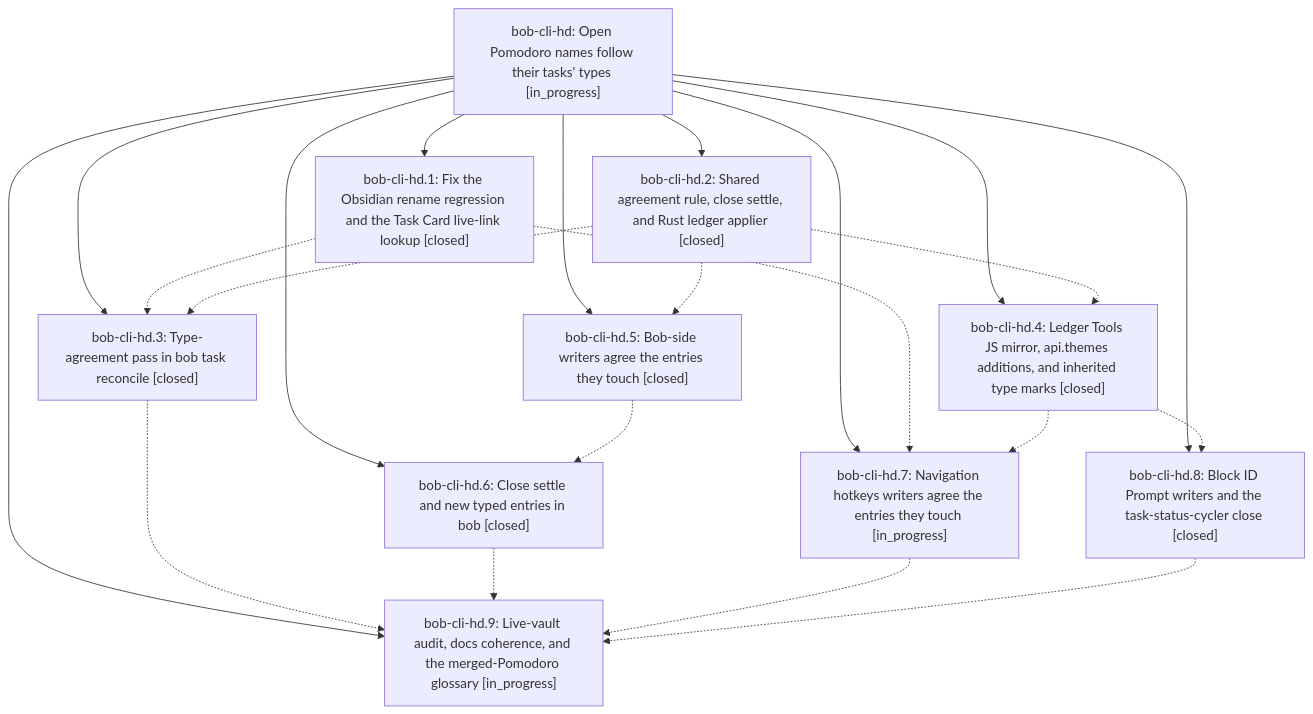
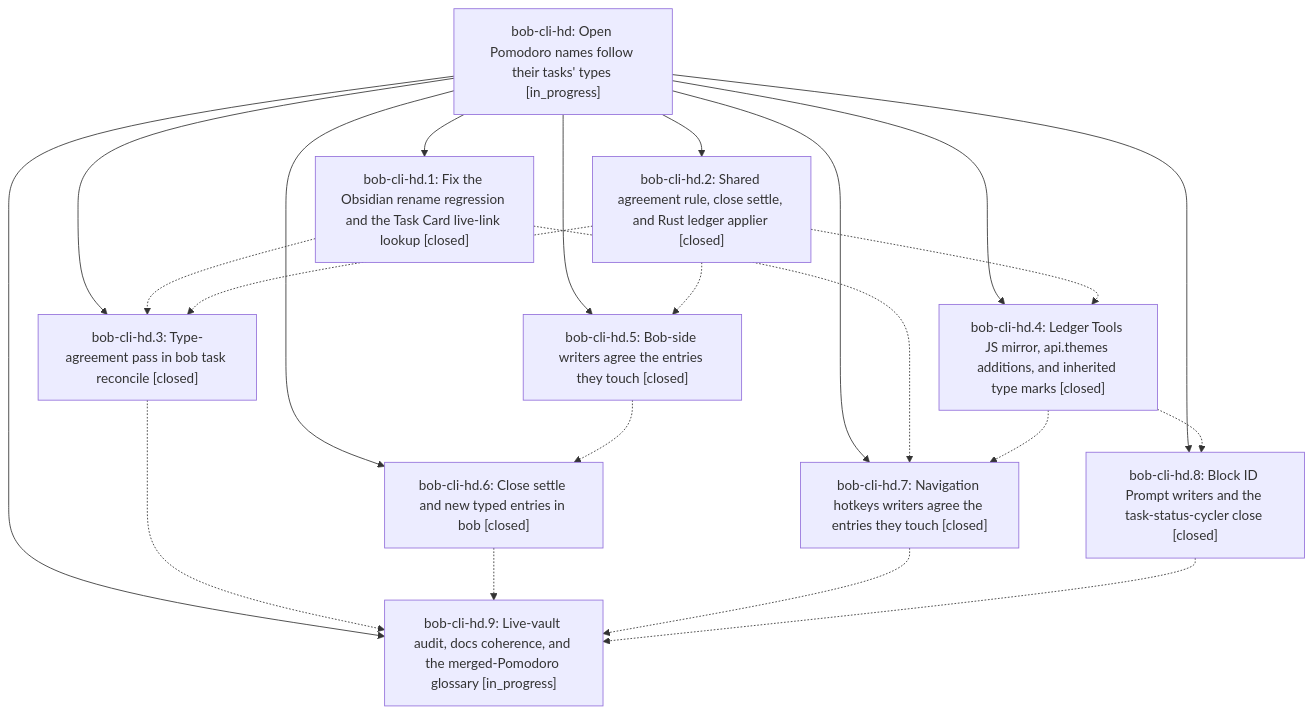
The diagram in pages/bob-cli-hd/README.md (bobs-org/bob-cli--beads), drawn with Mermaid before and after one commit. The commit also changed other lines of this file and 6 other files, not shown here.

First line of the commit message:
chore(beads): sync bead state and pages for bob-cli-hd

````diff
--- a/pages/bob-cli-hd/README.md
+++ b/pages/bob-cli-hd/README.md
@@ -44,34 +44,34 @@
 ```mermaid
 flowchart TD
     n0["bob-cli-hd: Open Pomodoro names follow their tasks' types [in_progress]"]
     n1["bob-cli-hd.1: Fix the Obsidian rename regression and the Task Card live-link lookup [closed]"]
     n2["bob-cli-hd.2: Shared agreement rule, close settle, and Rust ledger applier [closed]"]
     n3["bob-cli-hd.3: Type-agreement pass in bob task reconcile [closed]"]
     n4["bob-cli-hd.4: Ledger Tools JS mirror, api.themes additions, and inherited type marks [closed]"]
     n5["bob-cli-hd.5: Bob-side writers agree the entries they touch [closed]"]
     n6["bob-cli-hd.6: Close settle and new typed entries in bob [closed]"]
-    n7["bob-cli-hd.7: Navigation hotkeys writers agree the entries they touch [in_progress]"]
+    n7["bob-cli-hd.7: Navigation hotkeys writers agree the entries they touch [closed]"]
     n8["bob-cli-hd.8: Block ID Prompt writers and the task-status-cycler close [closed]"]
     n9["bob-cli-hd.9: Live-vault audit, docs coherence, and the merged-Pomodoro glossary [in_progress]"]
     n0 --> n1
     n0 --> n2
     n0 --> n3
     n0 --> n4
     n0 --> n5
     n0 --> n6
     n0 --> n7
     n0 --> n8
     n0 --> n9
     n1 -.-> n3
     n1 -.-> n7
     n2 -.-> n3
     n2 -.-> n4
     n2 -.-> n5
     n3 -.-> n9
     n4 -.-> n7
     n4 -.-> n8
     n5 -.-> n6
     n6 -.-> n9
     n7 -.-> n9
     n8 -.-> n9
 ```
````
